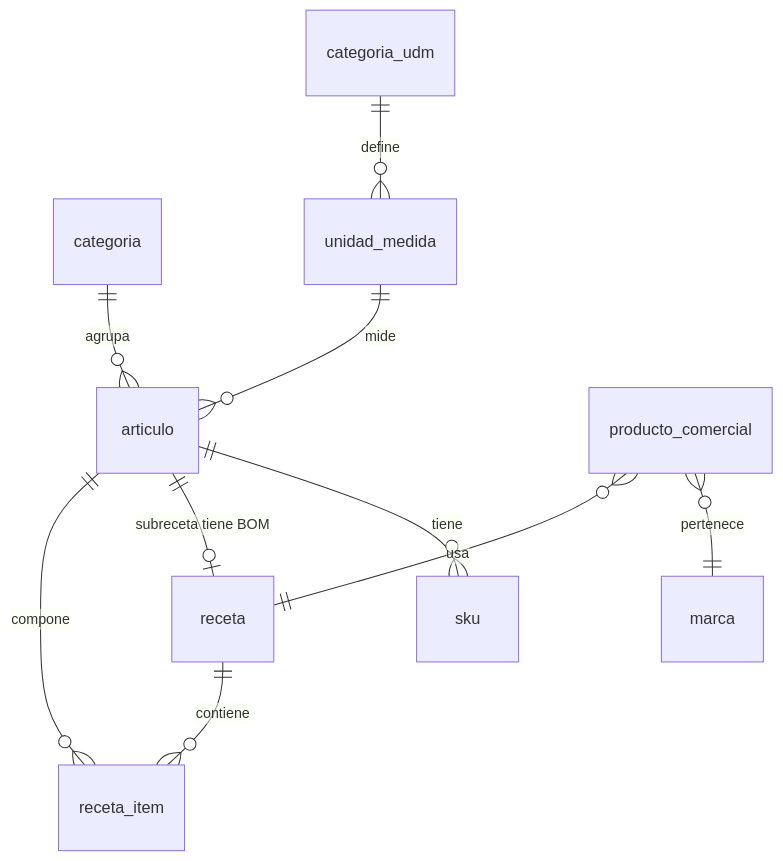
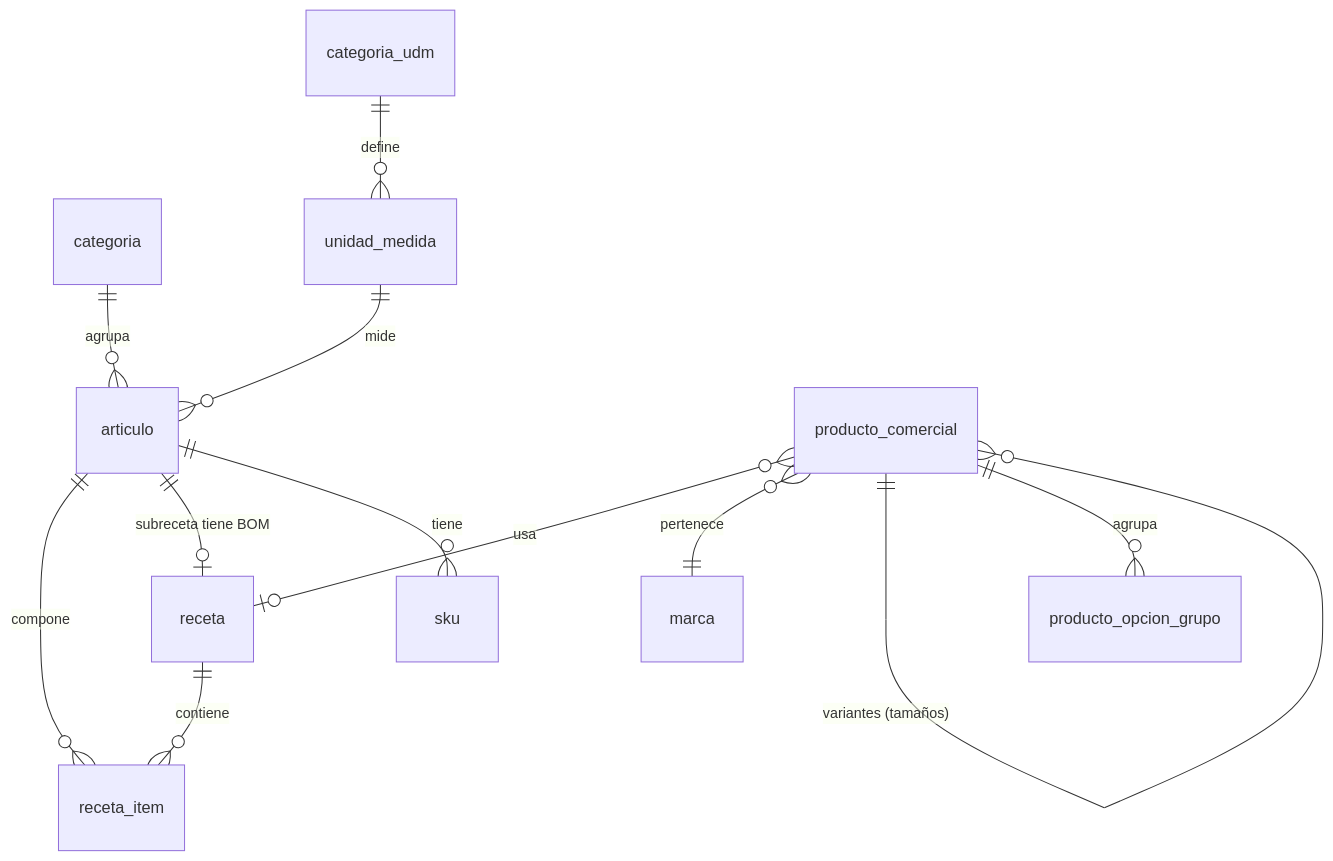
Before and after one commit to rrojasda94/provecho-erp: the third of 3 diagrams in docs/architecture/data-model.md, drawn with Mermaid. The commit also changed other lines of this file and 76 other files, not shown here.

First line of the commit message:
feat(catalogo): variantes de producto, recetas editables y módulo propio (#17)

````diff
--- a/docs/architecture/data-model.md
+++ b/docs/architecture/data-model.md
@@ -203,12 +203,14 @@
 ```mermaid
 erDiagram
     articulo ||--o{ receta_item : compone
     receta ||--o{ receta_item : contiene
     articulo ||--o| receta : "subreceta tiene BOM"
-    producto_comercial }o--|| receta : usa
+    producto_comercial }o--o| receta : usa
     producto_comercial }o--|| marca : pertenece
+    producto_comercial ||--o{ producto_comercial : "variantes (tamaños)"
+    producto_comercial ||--o{ producto_opcion_grupo : agrupa
     categoria ||--o{ articulo : agrupa
     articulo ||--o{ sku : tiene
     categoria_udm ||--o{ unidad_medida : define
     unidad_medida ||--o{ articulo : mide
 ```
````
